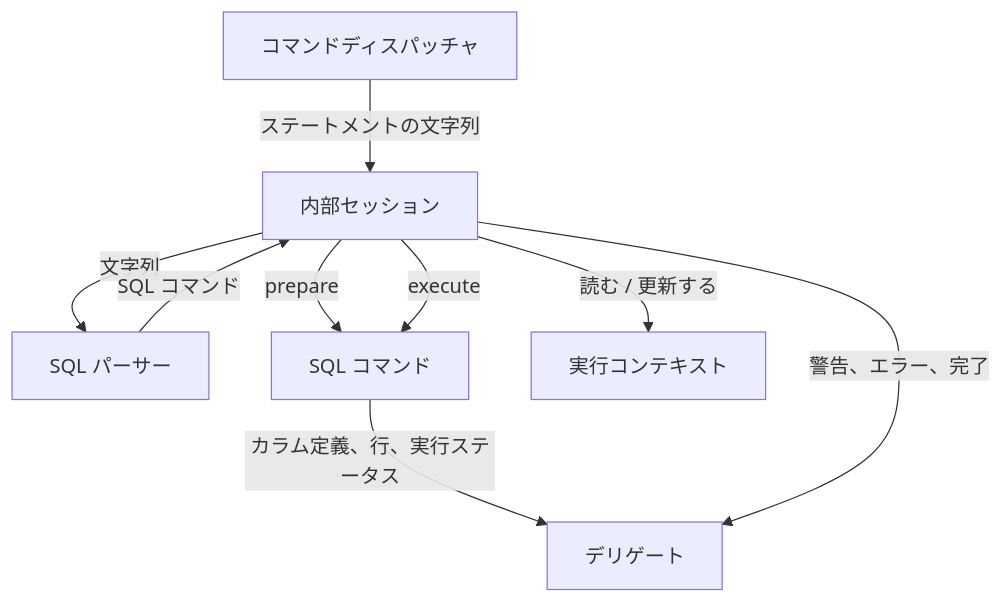
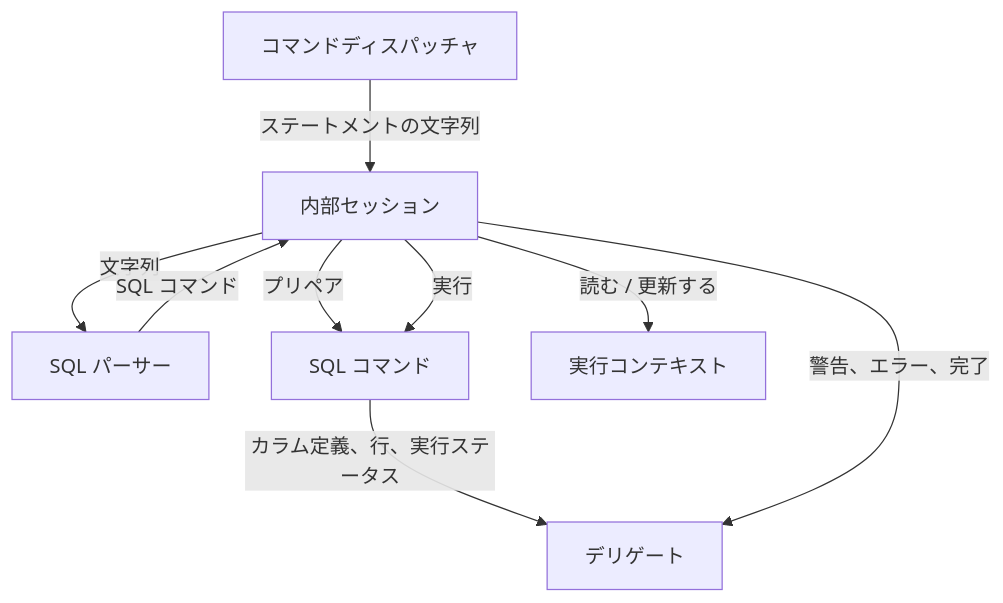
One commit to ren-yamanashi/minesql changed the first of 2 diagrams in docs/specification/004_session/internal_session.md. Above: the diagram before and after it, drawn with Mermaid. The commit also changed other lines of this file and 4 other files, not shown here.

````diff
--- a/docs/specification/004_session/internal_session.md
+++ b/docs/specification/004_session/internal_session.md
@@ -31,11 +31,11 @@
 ```mermaid
 flowchart TD
     D["コマンドディスパッチャ"] -->|"ステートメントの文字列"| S["内部セッション"]
     S -->|"文字列"| P["SQL パーサー"]
     P -->|"SQL コマンド"| S
-    S -->|"prepare"| C["SQL コマンド"]
-    S -->|"execute"| C
+    S -->|"プリペア"| C["SQL コマンド"]
+    S -->|"実行"| C
     S -->|"読む / 更新する"| X["実行コンテキスト"]
     C -->|"カラム定義、行、実行ステータス"| G["デリゲート"]
     S -->|"警告、エラー、完了"| G
 ```
````
